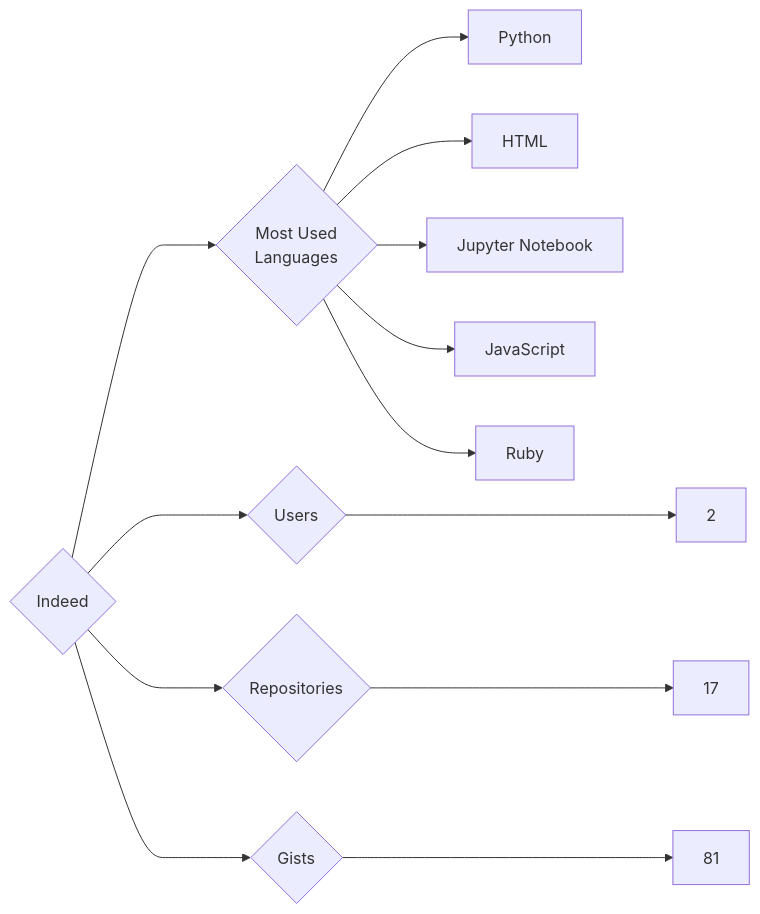
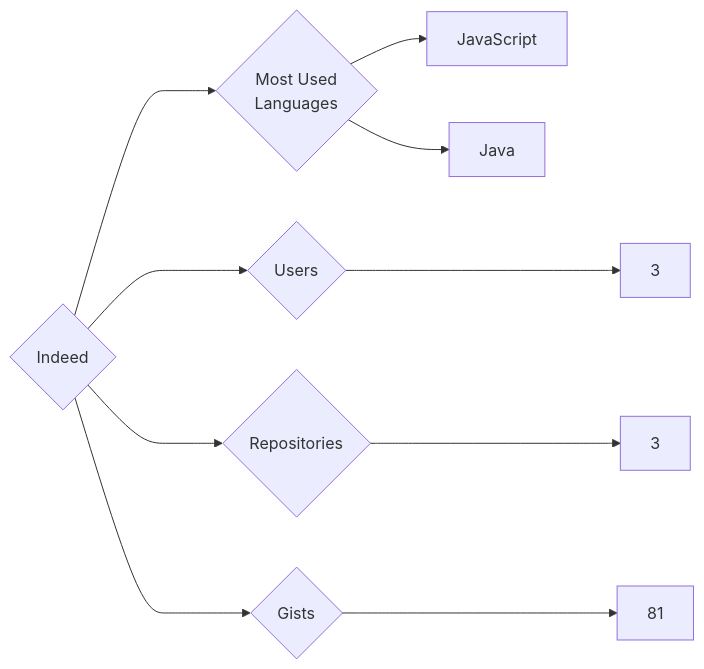
One commit to trickest/insiders changed the diagram in targets/Indeed/README.md. Above: the diagram before and after it, drawn with Mermaid. The commit also changed 925 other files, not shown here.

````diff
--- a/targets/Indeed/README.md
+++ b/targets/Indeed/README.md
@@ -3,13 +3,10 @@
 ```mermaid
 graph LR
 COMPANY_NAME{Indeed}
-COMPANY_NAME ---> U{Users} ---> UN[2]
-COMPANY_NAME ---> R{Repositories} ---> RN[17]
+COMPANY_NAME ---> U{Users} ---> UN[3]
+COMPANY_NAME ---> R{Repositories} ---> RN[3]
 COMPANY_NAME ---> G{Gists} ---> GN[81]
 COMPANY_NAME ---> ML{Most Used<br>Languages}
-ML --> Python[Python]
-ML --> HTML[HTML]
-ML --> Jupyter_Notebook[Jupyter Notebook]
 ML --> JavaScript[JavaScript]
-ML --> Ruby[Ruby]
+ML --> Java[Java]
 ```
````
